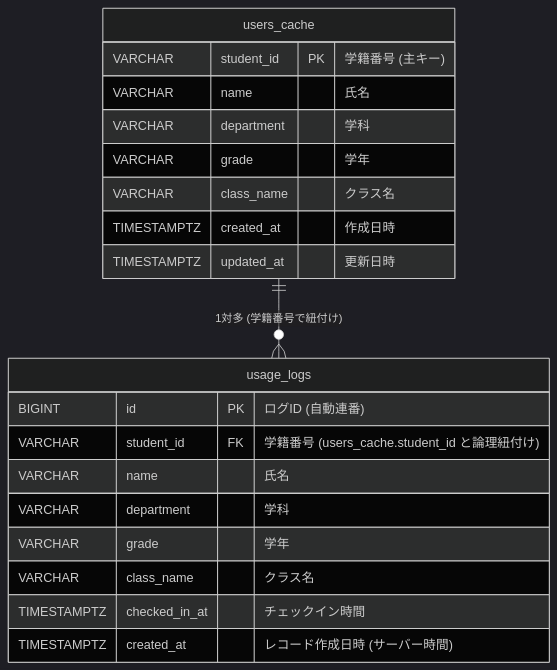
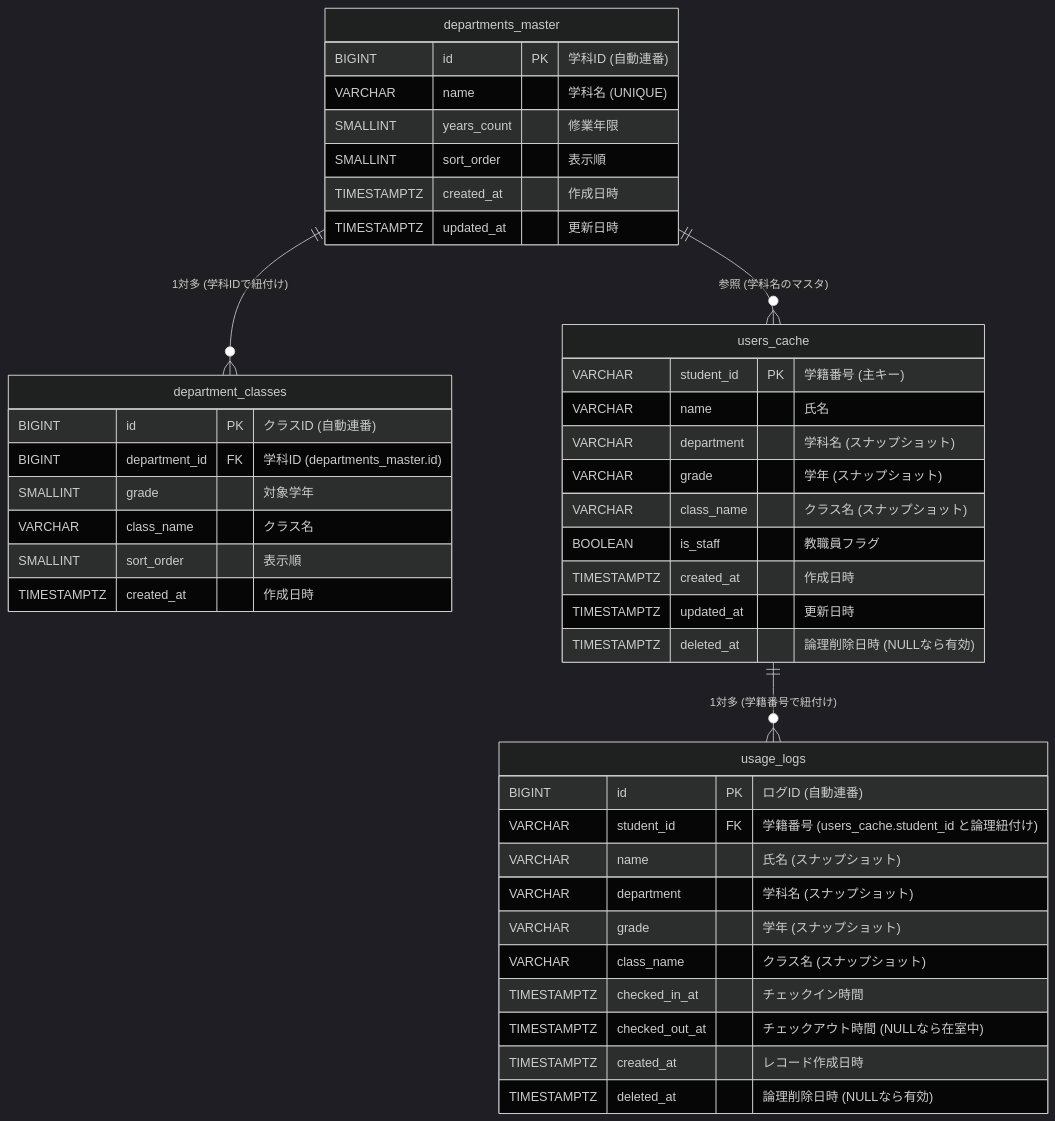
Before and after one commit to tachiyu1931-code/gym-reservation: the first of 2 diagrams in doc/ER図.md, drawn with Mermaid (dark theme). The commit also changed other lines of this file and 23 other files, not shown here.

````diff
--- a/doc/ER図.md
+++ b/doc/ER図.md
@@ -11,25 +19,49 @@
 ```mermaid
 erDiagram
+    departments_master ||--o{ department_classes : "1対多 (学科IDで紐付け)"
+    departments_master ||--o{ users_cache : "参照 (学科名のマスタ)"
     users_cache ||--o{ usage_logs : "1対多 (学籍番号で紐付け)"
+
+    departments_master {
+        BIGINT id PK "学科ID (自動連番)"
+        VARCHAR name "学科名 (UNIQUE)"
+        SMALLINT years_count "修業年限"
+        SMALLINT sort_order "表示順"
+        TIMESTAMPTZ created_at "作成日時"
+        TIMESTAMPTZ updated_at "更新日時"
+    }
+
+    department_classes {
+        BIGINT id PK "クラスID (自動連番)"
+        BIGINT department_id FK "学科ID (departments_master.id)"
+        SMALLINT grade "対象学年"
+        VARCHAR class_name "クラス名"
+        SMALLINT sort_order "表示順"
+        TIMESTAMPTZ created_at "作成日時"
+    }
 
     users_cache {
         VARCHAR student_id PK "学籍番号 (主キー)"
         VARCHAR name "氏名"
-        VARCHAR department "学科"
-        VARCHAR grade "学年"
-        VARCHAR class_name "クラス名"
+        VARCHAR department "学科名 (スナップショット)"
+        VARCHAR grade "学年 (スナップショット)"
+        VARCHAR class_name "クラス名 (スナップショット)"
+        BOOLEAN is_staff "教職員フラグ"
         TIMESTAMPTZ created_at "作成日時"
         TIMESTAMPTZ updated_at "更新日時"
+        TIMESTAMPTZ deleted_at "論理削除日時 (NULLなら有効)"
     }
 
     usage_logs {
         BIGINT id PK "ログID (自動連番)"
         VARCHAR student_id FK "学籍番号 (users_cache.student_id と論理紐付け)"
-        VARCHAR name "氏名"
-        VARCHAR department "学科"
-        VARCHAR grade "学年"
-        VARCHAR class_name "クラス名"
+        VARCHAR name "氏名 (スナップショット)"
+        VARCHAR department "学科名 (スナップショット)"
+        VARCHAR grade "学年 (スナップショット)"
+        VARCHAR class_name "クラス名 (スナップショット)"
         TIMESTAMPTZ checked_in_at "チェックイン時間"
-        TIMESTAMPTZ created_at "レコード作成日時 (サーバー時間)"
+        TIMESTAMPTZ checked_out_at "チェックアウト時間 (NULLなら在室中)"
+        TIMESTAMPTZ created_at "レコード作成日時"
+        TIMESTAMPTZ deleted_at "論理削除日時 (NULLなら有効)"
     }
 ```
````
